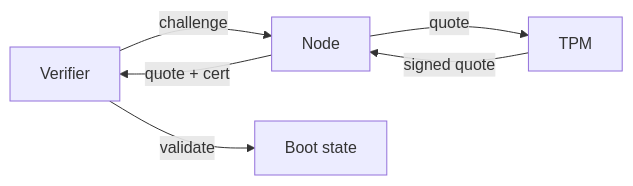
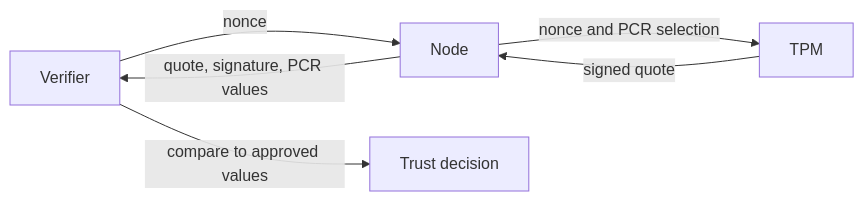
One commit to jithinpnjm/ai-infra-handbook changed the diagram in docs/part-18-security/02-hardware-and-firmware-trust.md. Above: the diagram before and after it, drawn with Mermaid. The commit also changed other lines of this file and 6 other files, not shown here.

````diff
--- a/docs/part-18-security/02-hardware-and-firmware-trust.md
+++ b/docs/part-18-security/02-hardware-and-firmware-trust.md
@@ -167,8 +72,8 @@
 ```mermaid
 flowchart LR
-    V[Verifier] -->|challenge| N[Node]
-    N -->|quote| TPM[TPM]
+    V[Verifier] -->|nonce| N[Node]
+    N -->|nonce and PCR selection| TPM[TPM]
     TPM -->|signed quote| N
-    N -->|quote + cert| V
-    V -->|validate| Result[Boot state]
+    N -->|quote, signature, PCR values| V
+    V -->|compare to approved values| R[Trust decision]
 ```
````
